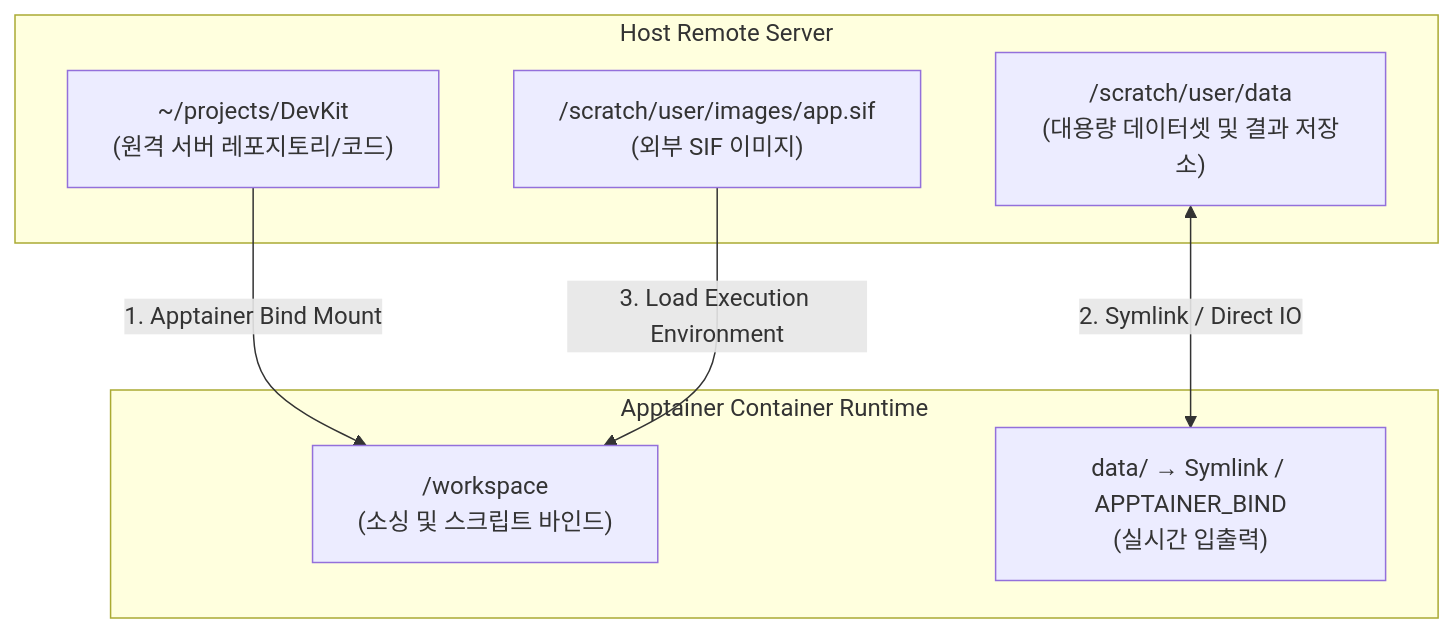
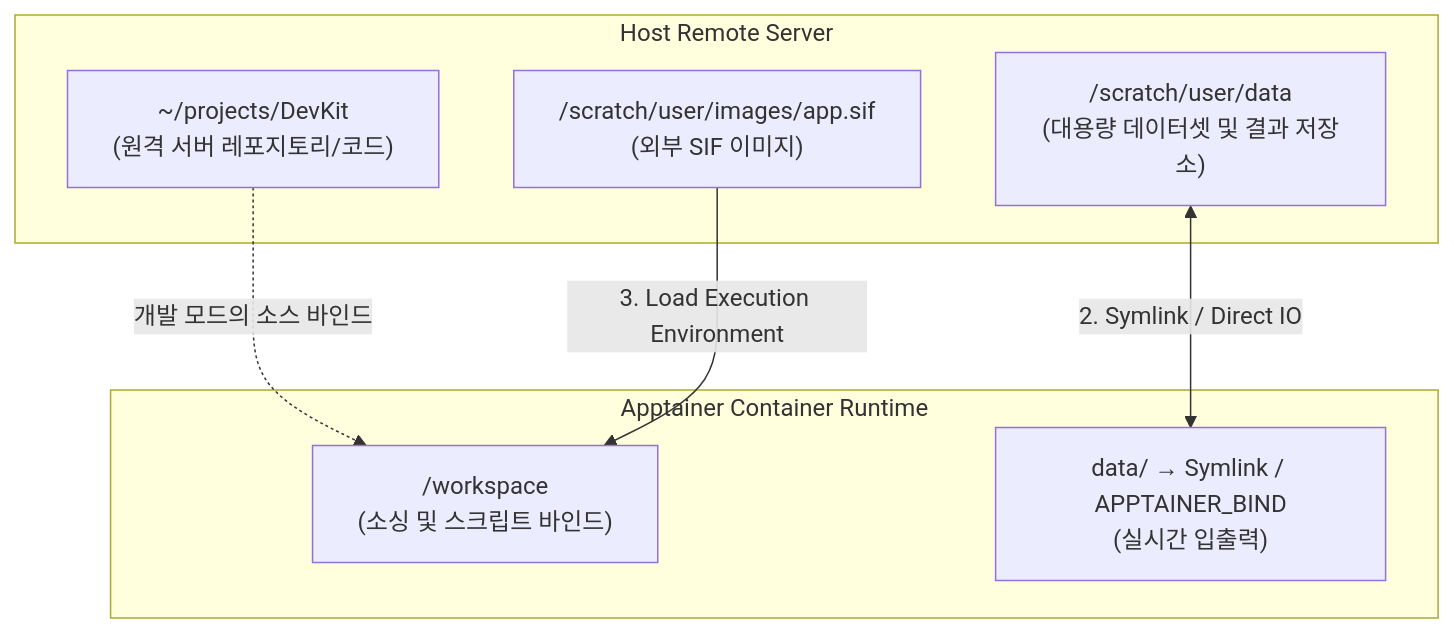
The second of 2 diagrams in docs/SLURM.md (Lee-hwansoo/Dev-Template), drawn with Mermaid before and after one commit. The commit also changed other lines of this file and 7 other files, not shown here.

````diff
--- a/docs/SLURM.md
+++ b/docs/SLURM.md
@@ -40,17 +47,17 @@
 ```mermaid
 graph TD
     subgraph hostsrv["Host Remote Server"]
         Repo["~/projects/DevKit<br/>(원격 서버 레포지토리/코드)"]
         Storage["/scratch/user/data<br/>(대용량 데이터셋 및 결과 저장소)"]
         SIF_Img["/scratch/user/images/app.sif<br/>(외부 SIF 이미지)"]
     end
 
     subgraph runtime["Apptainer Container Runtime"]
         Root["/workspace<br/>(소싱 및 스크립트 바인드)"]
         DataLink["data/ → Symlink / APPTAINER_BIND<br/>(실시간 입출력)"]
     end
 
-    Repo -->|1. Apptainer Bind Mount| Root
+    Repo -.->|개발 모드의 소스 바인드| Root
     Storage <-->|2. Symlink / Direct IO| DataLink
     SIF_Img -->|3. Load Execution Environment| Root
 ```
````
